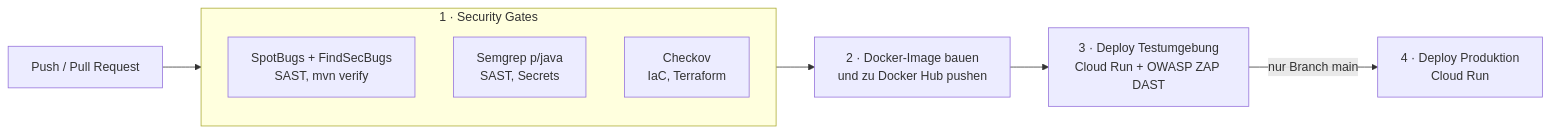
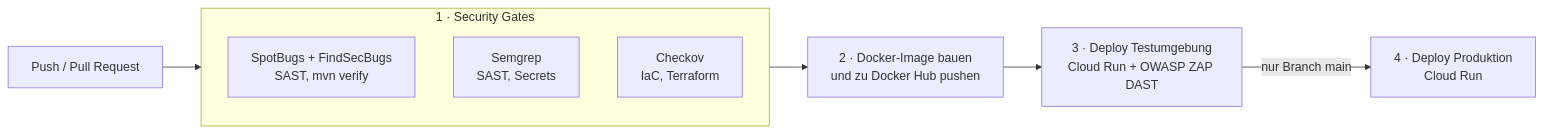
The diagram in README.md (smilenow789/FinanceSecureApp), drawn with Mermaid before and after one commit. The commit also changed other lines of this file, not shown here.

````diff
--- a/README.md
+++ b/README.md
@@ -12,13 +7,13 @@
 ```mermaid
 flowchart LR
     A[Push / Pull Request] --> B
     subgraph B[1 · Security Gates]
         direction TB
         B1[SpotBugs + FindSecBugs<br/>SAST, mvn verify]
-        B2[Semgrep p/java<br/>SAST, Secrets]
+        B2[Semgrep<br/>SAST, Secrets]
         B3[Checkov<br/>IaC, Terraform]
     end
     B --> C[2 · Docker-Image bauen<br/>und zu Docker Hub pushen]
     C --> D[3 · Deploy Testumgebung<br/>Cloud Run + OWASP ZAP DAST]
     D -->|nur Branch main| E[4 · Deploy Produktion<br/>Cloud Run]
 ```
````
